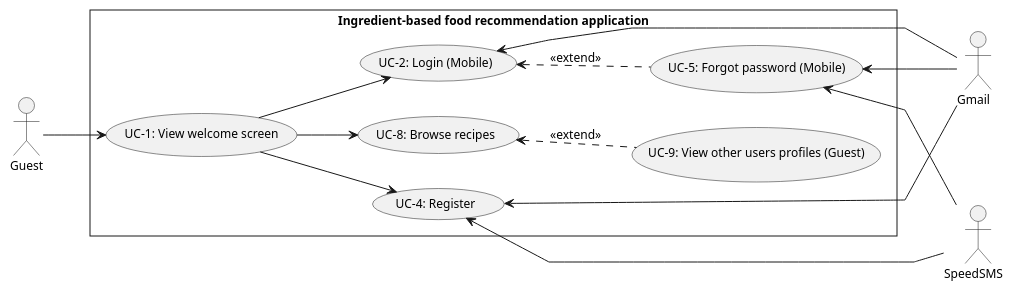
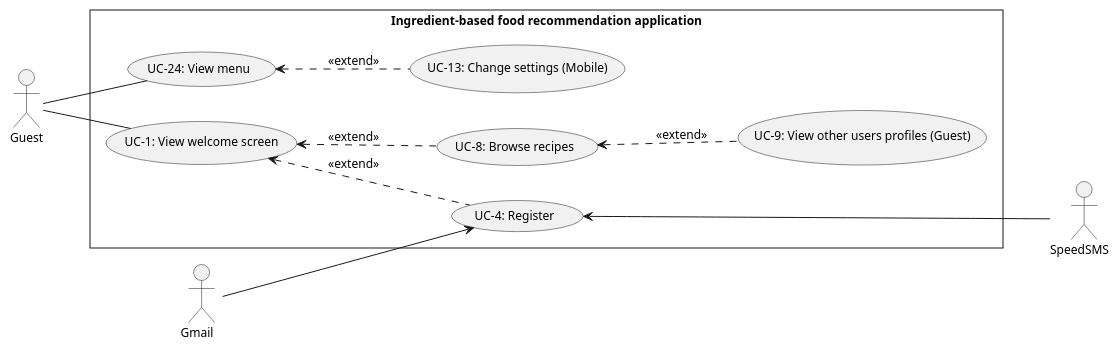
The diagram in doc/SRS/Usecase/GuestUsecase/GuestUsecase.plantuml (Carl-Johnsons/tastopia), drawn with PlantUML before and after one commit. The commit also changed 7 other files, not shown here.

```diff
--- a/doc/SRS/Usecase/GuestUsecase/GuestUsecase.plantuml
+++ b/doc/SRS/Usecase/GuestUsecase/GuestUsecase.plantuml
@@ -1,32 +1,29 @@
 @startuml GuestUsecase
 skinparam style strictuml
 skinparam monochrome true
 skinparam linetype polyline
 skinparam defaultFontSize 12
 left to right direction
 actor "Guest" as guest
 actor "Gmail   " as gmail
 actor "SpeedSMS   "as SpeedSMS
 
 rectangle Ingredient-based<U+0020>food<U+0020>recommendation<U+0020>application {
     usecase "UC-1: View welcome screen" as ucViewWelcome
-    usecase "UC-2: Login (Mobile)" as ucLogin
     usecase "UC-4: Register" as ucRegister
-    usecase "UC-5: Forgot password (Mobile)" as ucForgotPassword
     usecase "UC-8: Browse recipes" as ucBrowseRecipes
     usecase "UC-9: View other users profiles (Guest)" as ucViewUSProfile
+    usecase "UC-13: Change settings (Mobile)" as ucManageSetting
+    usecase "UC-24: View menu" as ucViewMenu
 }
 
-guest --> ucViewWelcome
-    ucViewWelcome --> ucLogin
-        ucLogin <.. ucForgotPassword : <<extend>>
-    ucViewWelcome --> ucRegister
-    ucViewWelcome --> ucBrowseRecipes
+guest -- ucViewWelcome
+    ucViewWelcome <.. ucRegister : <<extend>>
+    ucViewWelcome <.. ucBrowseRecipes : <<extend>>
         ucBrowseRecipes <.. ucViewUSProfile : <<extend>>
-
-gmail -up-> ucLogin
-SpeedSMS -up-> ucForgotPassword
-gmail -up-> ucForgotPassword
-SpeedSMS -up-> ucRegister
-gmail -up-> ucRegister
+guest -- ucViewMenu
+    ucViewMenu <.. ucManageSetting : <<extend>>
+    
+SpeedSMS -up--> ucRegister
+gmail -down-> ucRegister
 @enduml
```
